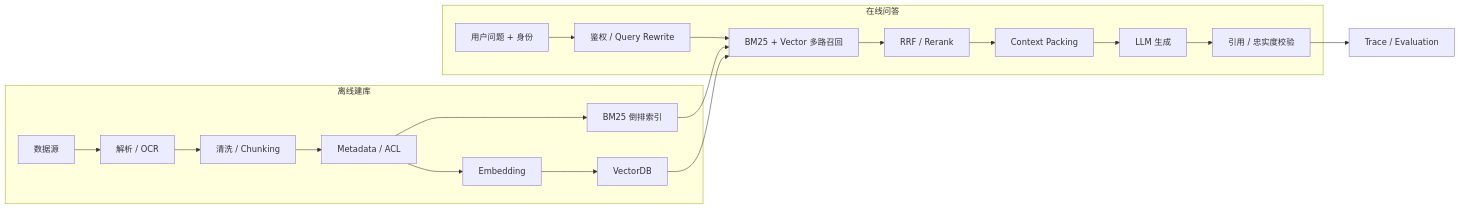
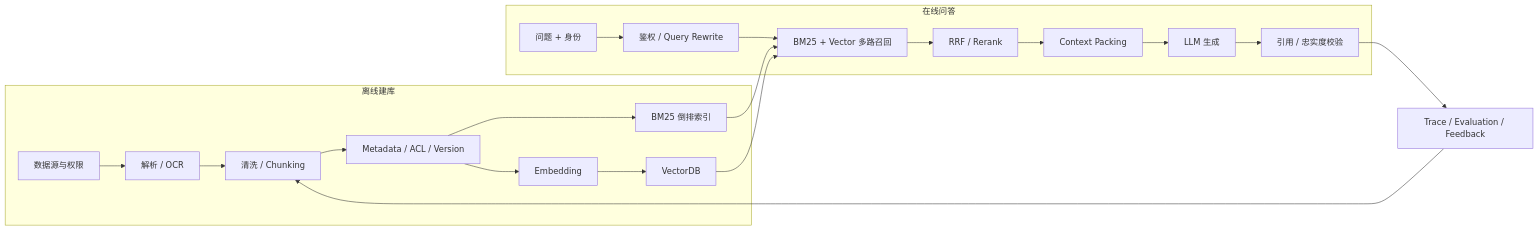
Before and after one commit to imberZsk/imber-blog: the diagram in src/content/knowledge/03-AI大模型应用开发/02-企业级知识库/01-学习指南.md, drawn with Mermaid. The commit also changed other lines of this file and 213 other files, not shown here.

Commit message:
fix(knowledge): align guide sequences and strengthen guides (#31)

````diff
--- a/src/content/knowledge/03-AI大模型应用开发/02-企业级知识库/01-学习指南.md
+++ b/src/content/knowledge/03-AI大模型应用开发/02-企业级知识库/01-学习指南.md
@@ -10,22 +11,23 @@
 ```mermaid
 flowchart LR
     subgraph Offline[离线建库]
-        A[数据源] --> B[解析 / OCR]
+        A[数据源与权限] --> B[解析 / OCR]
         B --> C[清洗 / Chunking]
-        C --> D[Metadata / ACL]
+        C --> D[Metadata / ACL / Version]
         D --> E[Embedding]
         D --> F[BM25 倒排索引]
         E --> G[VectorDB]
     end
     subgraph Online[在线问答]
-        Q[用户问题 + 身份] --> H[鉴权 / Query Rewrite]
+        Q[问题 + 身份] --> H[鉴权 / Query Rewrite]
         H --> I[BM25 + Vector 多路召回]
         F --> I
         G --> I
         I --> J[RRF / Rerank]
         J --> K[Context Packing]
         K --> L[LLM 生成]
         L --> M[引用 / 忠实度校验]
     end
-    M --> N[Trace / Evaluation]
+    M --> N[Trace / Evaluation / Feedback]
+    N --> C
 ```
````
